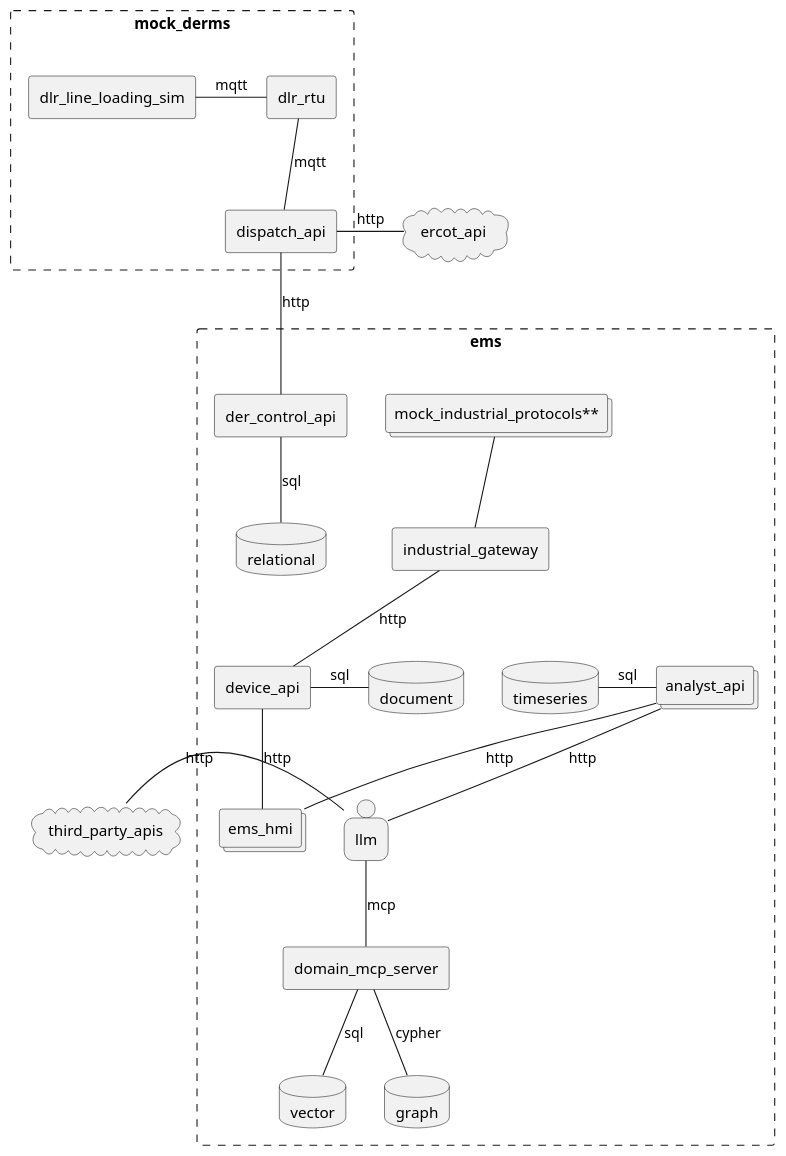
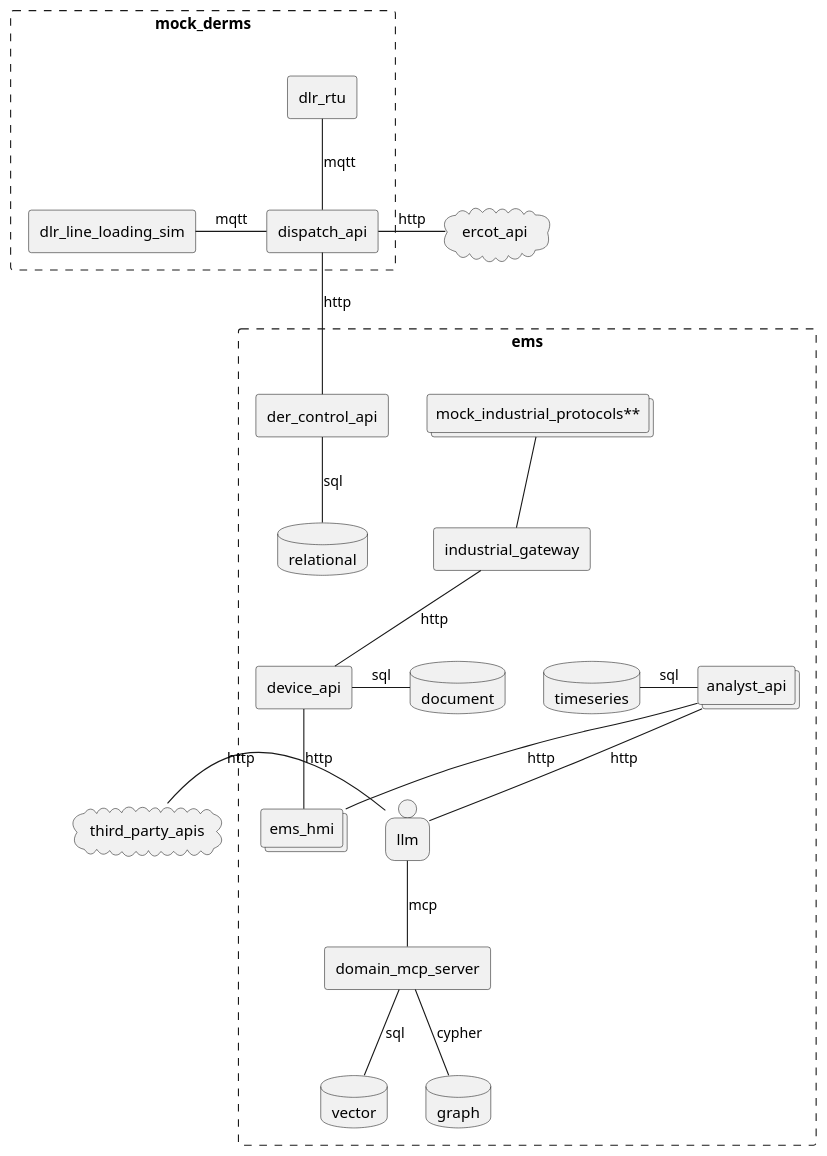
One commit to arcnode-io/ems changed the first of 7 diagrams in readme.md. Above: the diagram before and after it, drawn with PlantUML. The commit also changed other lines of this file, not shown here.

First line of the commit message:
📝 docs(readme): fix deployment + DER Event Auto diagrams -- dlr_line_loading_sim publishes to dispatch_api, not dlr_rtu

````diff
--- a/readme.md
+++ b/readme.md
@@ -29,42 +29,42 @@
 ```plantuml
 cloud third_party_apis
 cloud ercot_api 
 
 rectangle ems #line.dashed {
     collections "mock_industrial_protocols**" as mock_industrial_protocols
     rectangle industrial_gateway
     rectangle device_api
     rectangle der_control_api
     database timeseries
     database vector
     database graph
     database relational
     collections analyst_api
     database document
     collections ems_hmi
     person llm
     rectangle domain_mcp_server
 }
 rectangle  mock_derms #line.dashed {
   rectangle dlr_line_loading_sim
   rectangle dlr_rtu
   rectangle dispatch_api
 }
 ercot_api -l- dispatch_api: http
 dlr_rtu -d- dispatch_api: mqtt
-dlr_line_loading_sim - dlr_rtu: mqtt
+dlr_line_loading_sim - dispatch_api: mqtt
 dispatch_api -d- der_control_api: http
 industrial_gateway -u- mock_industrial_protocols
 industrial_gateway -- device_api: http
 ems_hmi -u- device_api: http
 device_api -r- document: sql
 der_control_api -d- relational: sql
 
 analyst_api -l- timeseries: sql
 llm -d- domain_mcp_server: mcp
 domain_mcp_server -d- vector: sql
 domain_mcp_server -d- graph: cypher
 ems_hmi -u- analyst_api: http
 analyst_api -d- llm: http
 llm -l- third_party_apis: http
 ```
````
